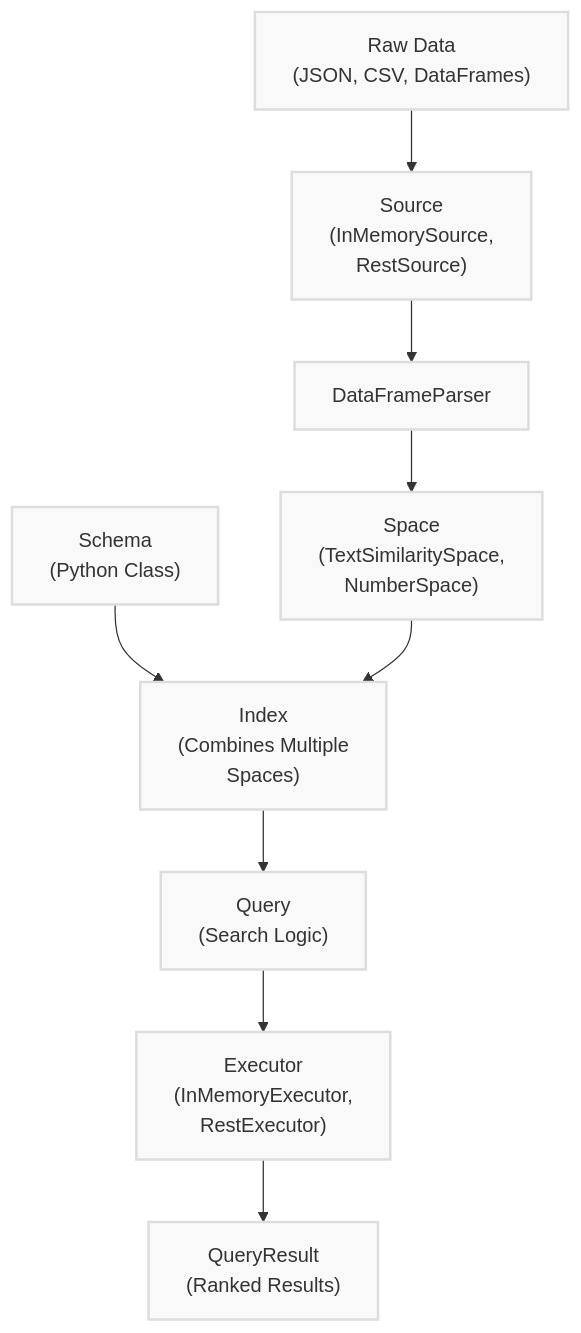
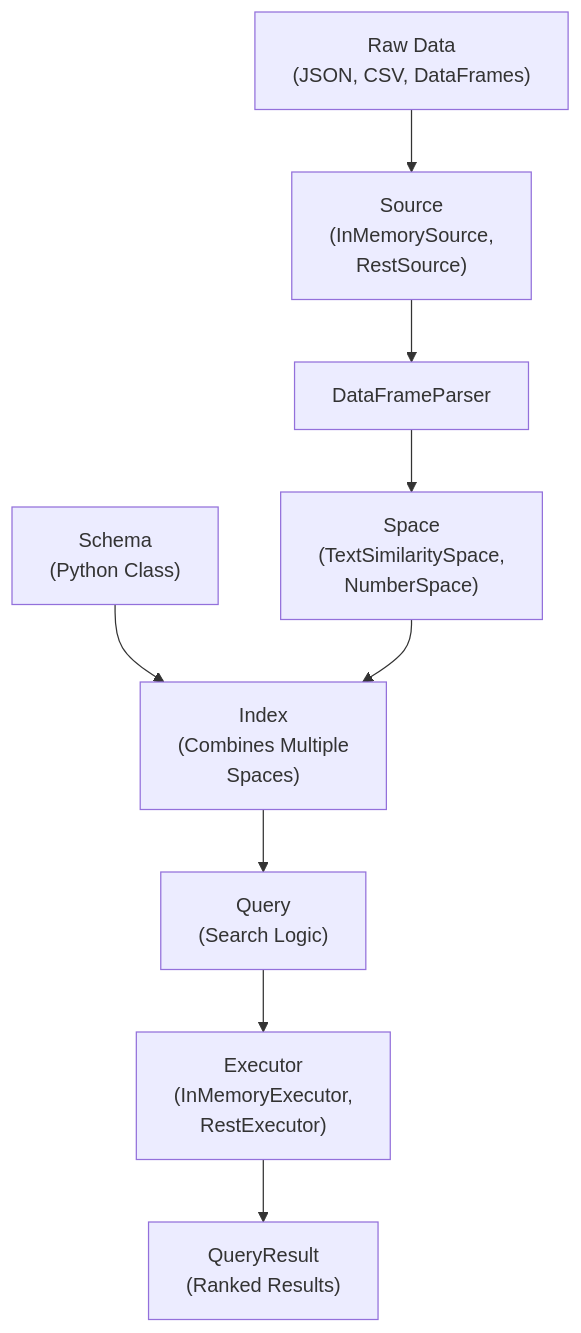
One commit to superlinked/superlinked changed the diagram in docs/reference/overview.mdx. Above: the diagram before and after it, drawn with Mermaid.

Commit message:
docs: update diagram

````diff
--- a/docs/reference/overview.mdx
+++ b/docs/reference/overview.mdx
@@ -12,29 +11,20 @@
 ```mermaid
 flowchart TD
     A["Raw Data<br/>(JSON, CSV, DataFrames)"] --> B["Source<br/>(InMemorySource,<br/>RestSource)"]
-    
+
     B --> C["DataFrameParser"]
-    
-  
+
+
     C --> E["Space<br/>(TextSimilaritySpace,<br/>NumberSpace)"]
 
     D["Schema<br/>(Python Class)"] --> F
-    
+
     E --> F["Index<br/>(Combines Multiple<br/>Spaces)"]
-    
+
     F --> G["Query<br/>(Search Logic)"]
-    
+
     G --> H["Executor<br/>(InMemoryExecutor,<br/>RestExecutor)"]
-    
+
     H --> I["QueryResult<br/>(Ranked Results)"]
-    
-    style A fill:#f9f9f9,stroke:#ddd,stroke-width:2px
-    style B fill:#f9f9f9,stroke:#ddd,stroke-width:2px
-    style C fill:#f9f9f9,stroke:#ddd,stroke-width:2px
-    style D fill:#f9f9f9,stroke:#ddd,stroke-width:2px
-    style E fill:#f9f9f9,stroke:#ddd,stroke-width:2px
-    style F fill:#f9f9f9,stroke:#ddd,stroke-width:2px
-    style G fill:#f9f9f9,stroke:#ddd,stroke-width:2px
-    style H fill:#f9f9f9,stroke:#ddd,stroke-width:2px
-    style I fill:#f9f9f9,stroke:#ddd,stroke-width:2px
+
 ```
````
